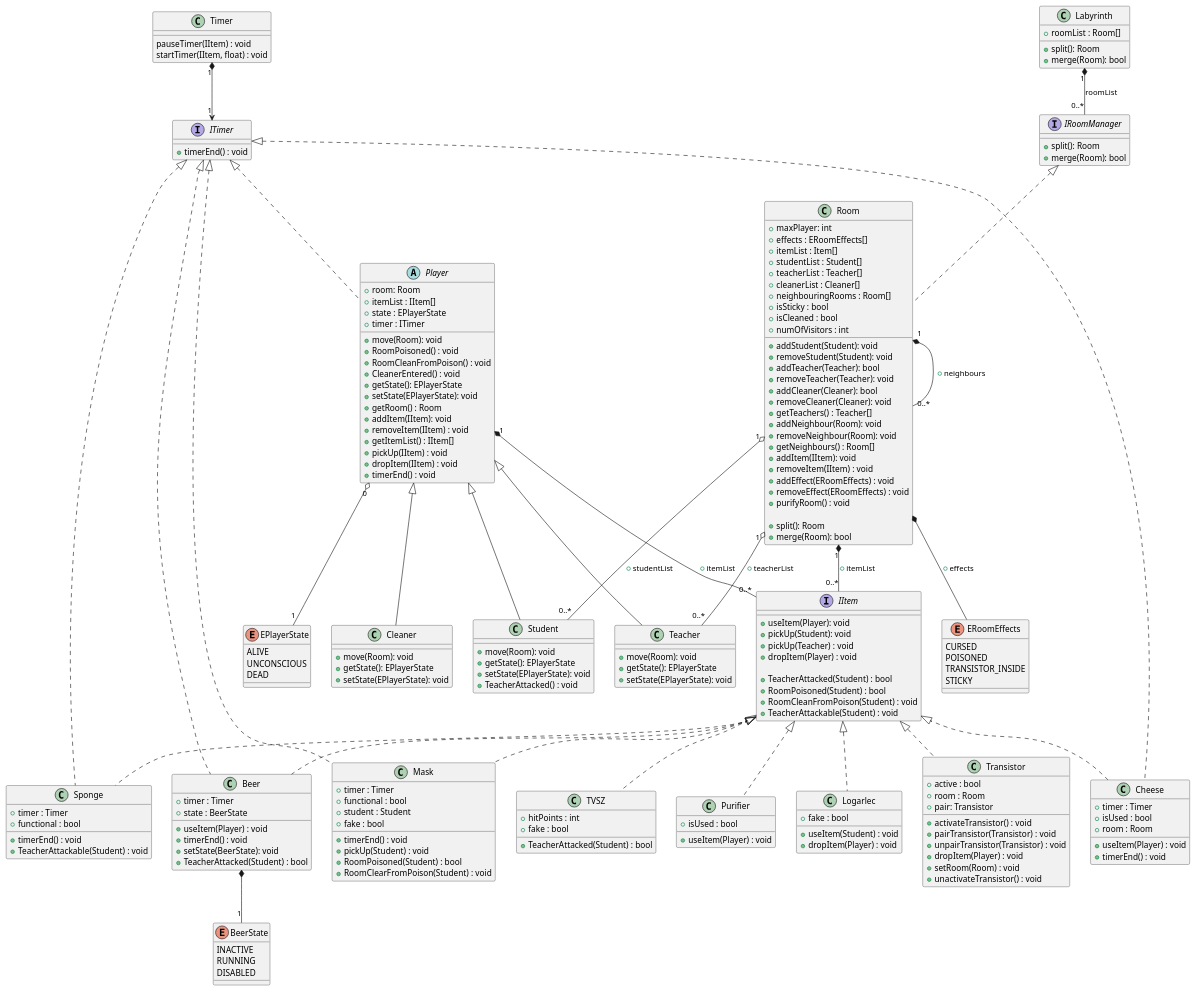
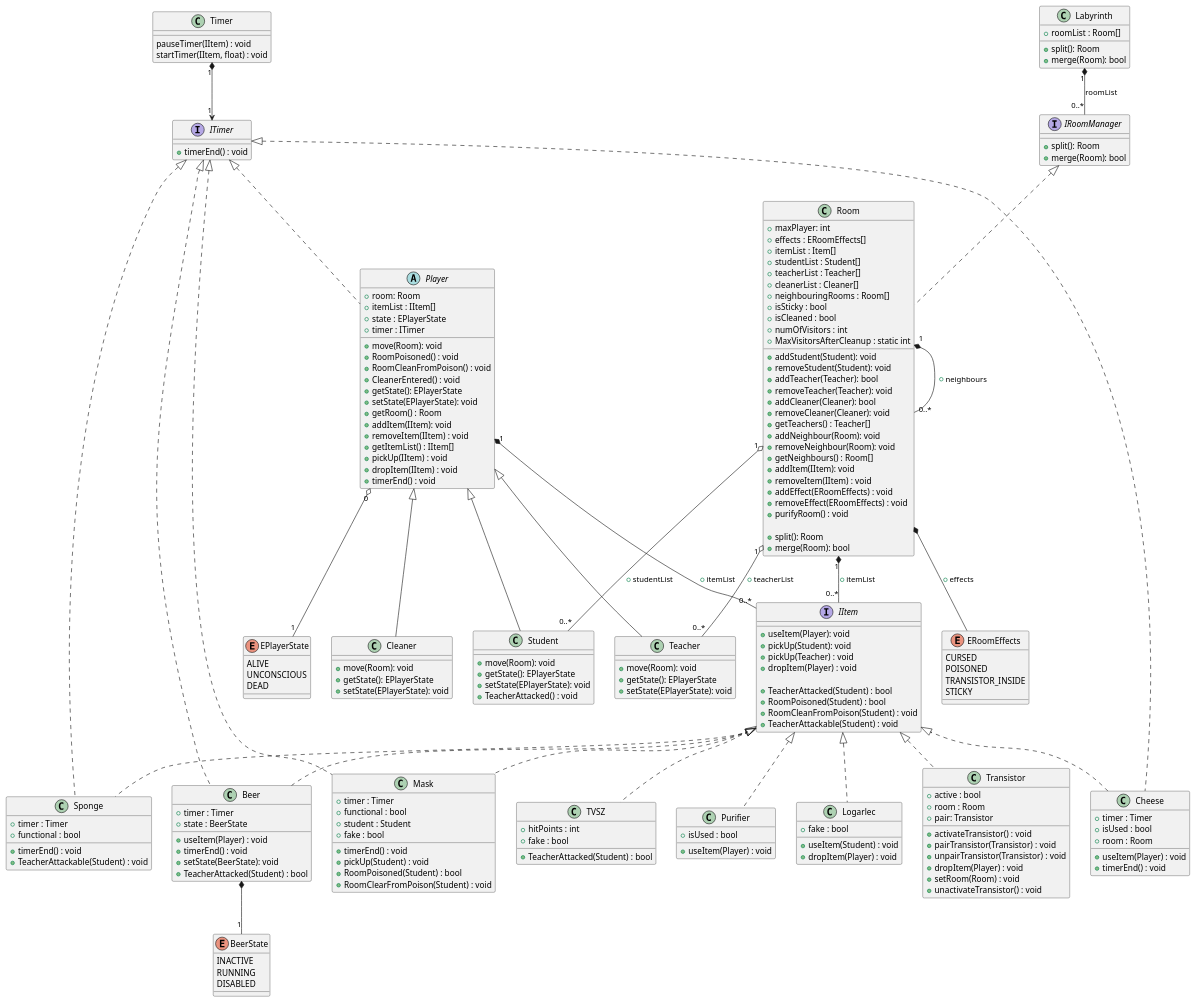
The diagram in docs/Class_UML.plantuml (MBakter/echo), drawn with PlantUML before and after one commit. The commit also changed 3 other files, not shown here.

Commit message:
Added changes sequence diagrams and modified classUML #2

```diff
--- a/docs/Class_UML.plantuml
+++ b/docs/Class_UML.plantuml
@@ -25,6 +25,7 @@
     + isSticky : bool
     + isCleaned : bool
     + numOfVisitors : int
+    + MaxVisitorsAfterCleanup : static int
 
     + addStudent(Student): void
     + removeStudent(Student): void
```
